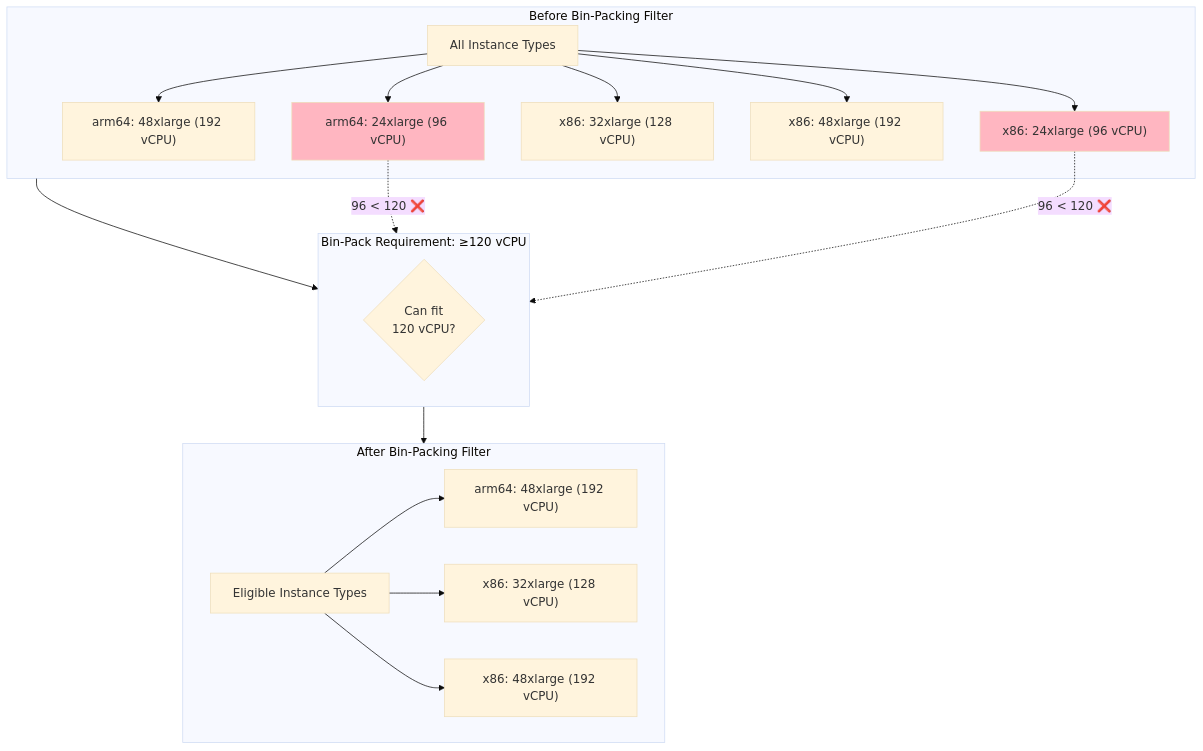
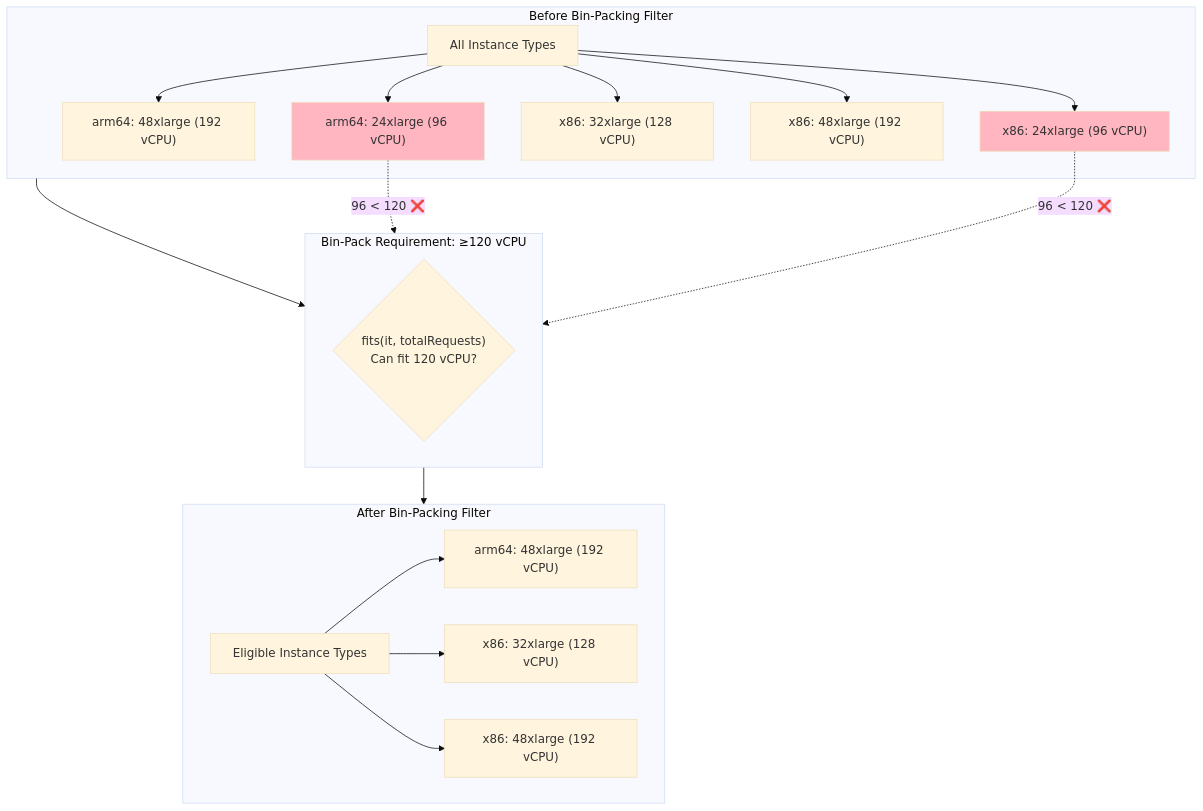
The second of 4 diagrams in docs/karpenter-binpacking-and-nodeoverlay.md (Nextdoor/veneer), drawn with Mermaid (base theme) before and after one commit. The commit also changed other lines of this file, not shown here.

````diff
--- a/docs/karpenter-binpacking-and-nodeoverlay.md
+++ b/docs/karpenter-binpacking-and-nodeoverlay.md
@@ -70,32 +220,32 @@
 ```mermaid
 flowchart TB
     subgraph Before["Before Bin-Packing Filter"]
         All["All Instance Types"]
         ARM64_1["arm64: 24xlarge (96 vCPU)"]
         ARM64_2["arm64: 48xlarge (192 vCPU)"]
         x86_1["x86: 24xlarge (96 vCPU)"]
         x86_2["x86: 32xlarge (128 vCPU)"]
         x86_3["x86: 48xlarge (192 vCPU)"]
         All --> ARM64_1 & ARM64_2 & x86_1 & x86_2 & x86_3
     end
 
     subgraph Filter["Bin-Pack Requirement: ≥120 vCPU"]
-        Check{"Can fit<br/>120 vCPU?"}
+        Check{"fits(it, totalRequests)<br/>Can fit 120 vCPU?"}
     end
 
     subgraph After["After Bin-Packing Filter"]
         Remaining["Eligible Instance Types"]
         ARM64_2_ok["arm64: 48xlarge (192 vCPU)"]
         x86_2_ok["x86: 32xlarge (128 vCPU)"]
         x86_3_ok["x86: 48xlarge (192 vCPU)"]
         Remaining --> ARM64_2_ok & x86_2_ok & x86_3_ok
     end
 
     Before --> Filter --> After
 
     ARM64_1 -.->|"96 < 120 ❌"| Filter
     x86_1 -.->|"96 < 120 ❌"| Filter
 
     style ARM64_1 fill:#FFB6C1
     style x86_1 fill:#FFB6C1
 ```
````
